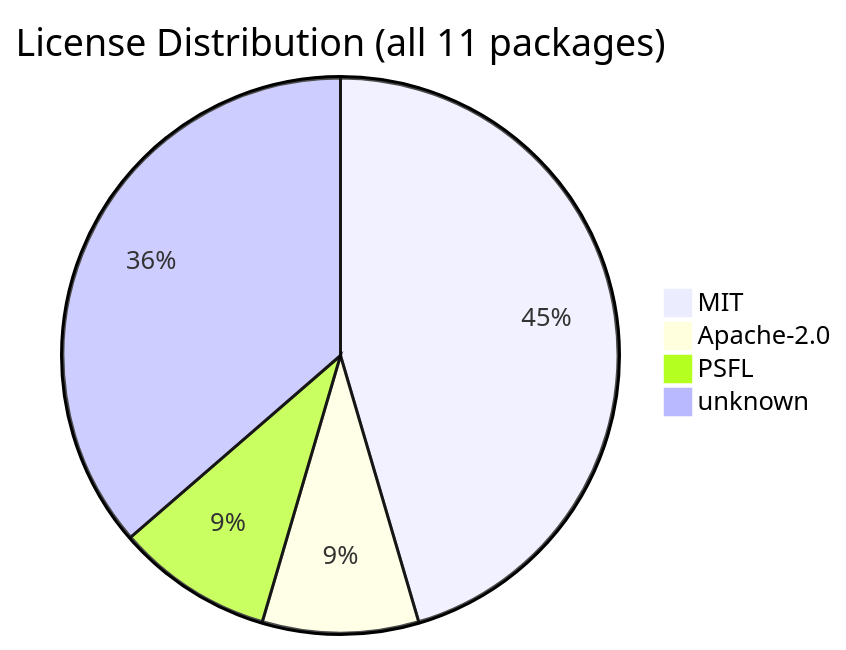
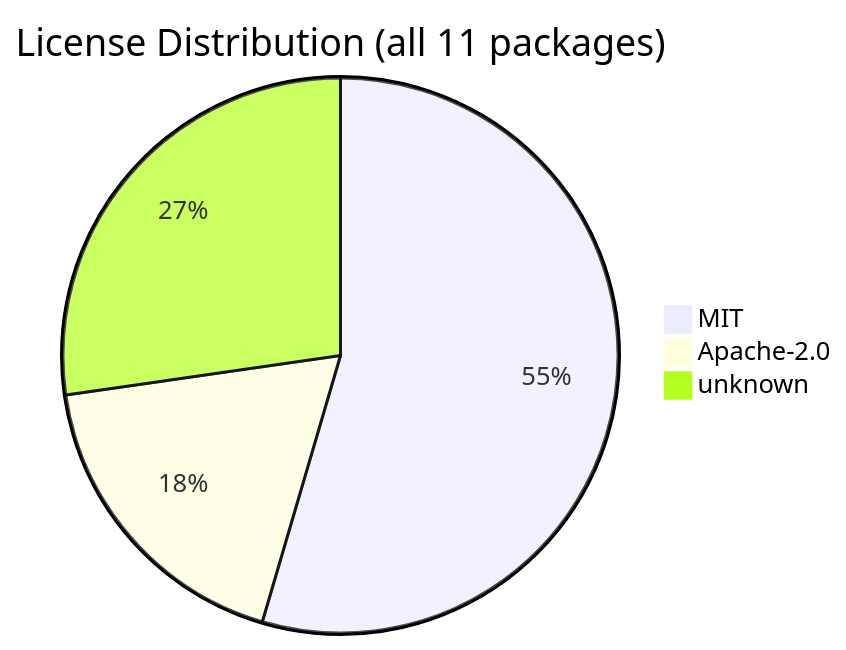
The diagram in .shipwright/compliance/sbom.md (svenroth-ai/shipwright), drawn with Mermaid before and after one commit. The commit also changed other lines of this file and 41 other files, not shown here.

````diff
--- a/.shipwright/compliance/sbom.md
+++ b/.shipwright/compliance/sbom.md
@@ -18,7 +18,6 @@
 ```mermaid
 pie title License Distribution (all 11 packages)
-    "MIT" : 5
-    "Apache-2.0" : 1
-    "PSFL" : 1
-    "unknown" : 4
+    "MIT" : 6
+    "Apache-2.0" : 2
+    "unknown" : 3
 ```
````
